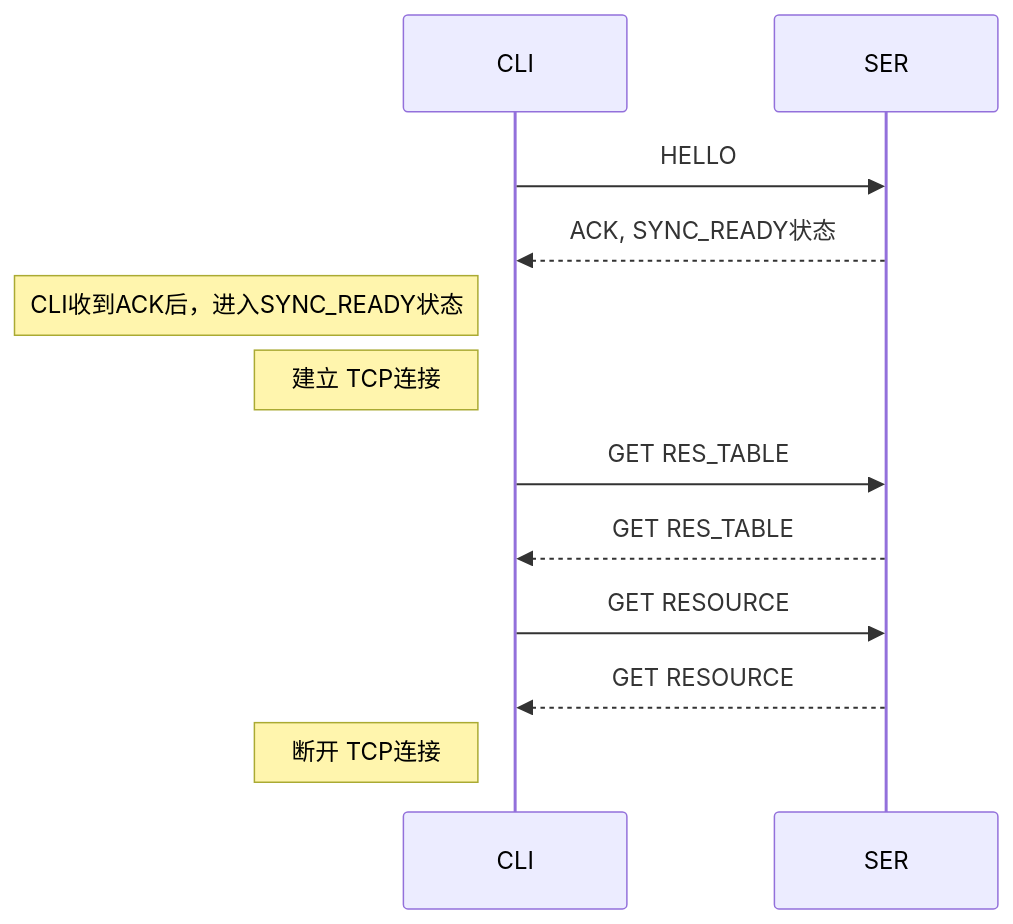
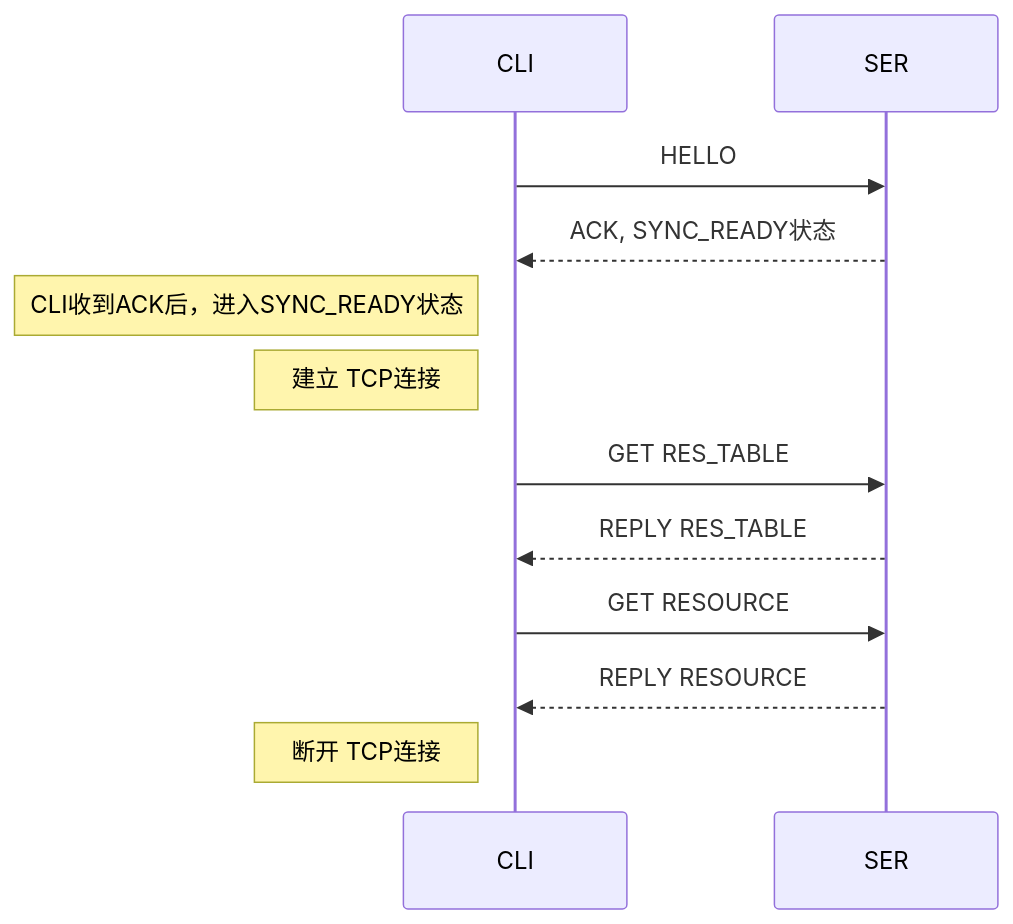
Before and after one commit to hellolutar/lan_sync: the first of 3 diagrams in docs/readme.md, drawn with Mermaid. The commit also changed other lines of this file and 43 other files, not shown here.

````diff
--- a/docs/readme.md
+++ b/docs/readme.md
@@ -4,16 +4,16 @@
 ``` mermaid
 sequenceDiagram
 
 CLI ->> SER : HELLO
 SER -->> CLI : ACK, SYNC_READY状态
 
 note left of CLI: CLI收到ACK后，进入SYNC_READY状态
 note left of CLI: 建立 TCP连接
 
 CLI ->> SER: GET RES_TABLE
-SER -->> CLI: GET RES_TABLE
+SER -->> CLI: REPLY RES_TABLE
 
 CLI ->> SER: GET RESOURCE
-SER -->> CLI: GET RESOURCE
+SER -->> CLI: REPLY RESOURCE
 note left of CLI: 断开 TCP连接
 ```
````
